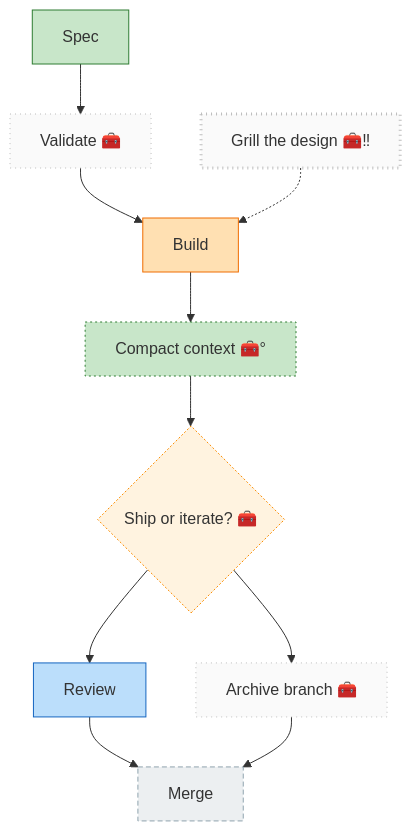
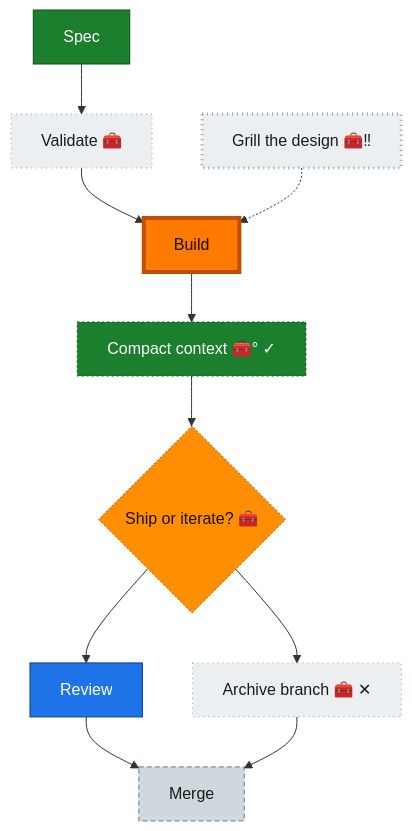
Before and after one commit to AI-Substrate/harness-engineering: the diagram in harness/cli/test/services/flow/fixtures/render/chore-nodes.md, drawn with Mermaid. The commit also changed other lines of this file and 7 other files, not shown here.

First line of the commit message:
feat(flow-040): visible chore status + vivid render palette + current-node highlight

````diff
--- a/harness/cli/test/services/flow/fixtures/render/chore-nodes.md
+++ b/harness/cli/test/services/flow/fixtures/render/chore-nodes.md
@@ -8,39 +8,42 @@
 ```mermaid
 flowchart TD
     spec["Spec"]:::done
     val["Validate 🧰"]:::unknown
     build["Build"]:::wip
-    compact["Compact context 🧰°"]:::done
+    compact["Compact context 🧰° ✓"]:::done
     dec{"Ship or iterate? 🧰"}:::decision
     review["Review"]:::known
-    archive["Archive branch 🧰"]:::unknown
+    archive["Archive branch 🧰 ✕"]:::unknown
     merge["Merge"]:::assumed
 
     spec --> val
     val --> build
     build --> compact
     compact --> dec
     dec --> review
     dec --> archive
     review --> merge
     archive --> merge
 
     guard["Grill the design 🧰‼"]:::unknown
     guard -.-> build
 
-    classDef done fill:#C8E6C9,stroke:#2E7D32;
-    classDef wip fill:#FFE0B2,stroke:#EF6C00;
-    classDef blocked fill:#FFCDD2,stroke:#C62828;
-    classDef known fill:#BBDEFB,stroke:#1565C0;
-    classDef assumed fill:#ECEFF1,stroke:#90A4AE,stroke-dasharray:5 3;
-    classDef said fill:#FFF9C4,stroke:#F9A825;
-    classDef harness fill:#EDE7F6,stroke:#673AB7;
-    classDef decision fill:#FFF3E0,stroke:#FB8C00,stroke-dasharray:2 2;
-    classDef companion fill:#D1C4E9,stroke:#5E35B1;
-    classDef worker fill:#B2DFDB,stroke:#00897B;
-    classDef unknown fill:#FAFAFA,stroke:#BDBDBD,stroke-dasharray:1 4;
+    classDef done fill:#1B7F2E,stroke:#0F4F1B,color:#fff;
+    classDef wip fill:#43C04A,stroke:#1B7F2E,color:#04210A;
+    classDef blocked fill:#E53935,stroke:#8E1513,color:#fff;
+    classDef known fill:#1E73E8,stroke:#0D3F86,color:#fff;
+    classDef assumed fill:#CFD8DC,stroke:#607D8B,color:#1a1a1a,stroke-dasharray:5 3;
+    classDef said fill:#FFD21F,stroke:#C79100,color:#241c00;
+    classDef harness fill:#7E3FF2,stroke:#4A1FA8,color:#fff;
+    classDef harnessFaded fill:#D6CBEC,stroke:#A892D4,color:#5B4E78;
+    classDef decision fill:#FF8F00,stroke:#B25E00,color:#1a1100,stroke-dasharray:2 2;
+    classDef companion fill:#AB2FCB,stroke:#6A1480,color:#fff;
+    classDef worker fill:#00A38C,stroke:#005046,color:#fff;
+    classDef unknown fill:#ECEFF1,stroke:#90A4AE,color:#1a1a1a,stroke-dasharray:1 4;
     classDef impOptional stroke-dasharray:2 3;
     classDef impStrong stroke-width:3px;
+    classDef current fill:#FF7A00,stroke:#C24E00,color:#1a0e00,stroke-width:4px;
     class compact impOptional;
     class guard impStrong;
+    class build current;
 ```
````
